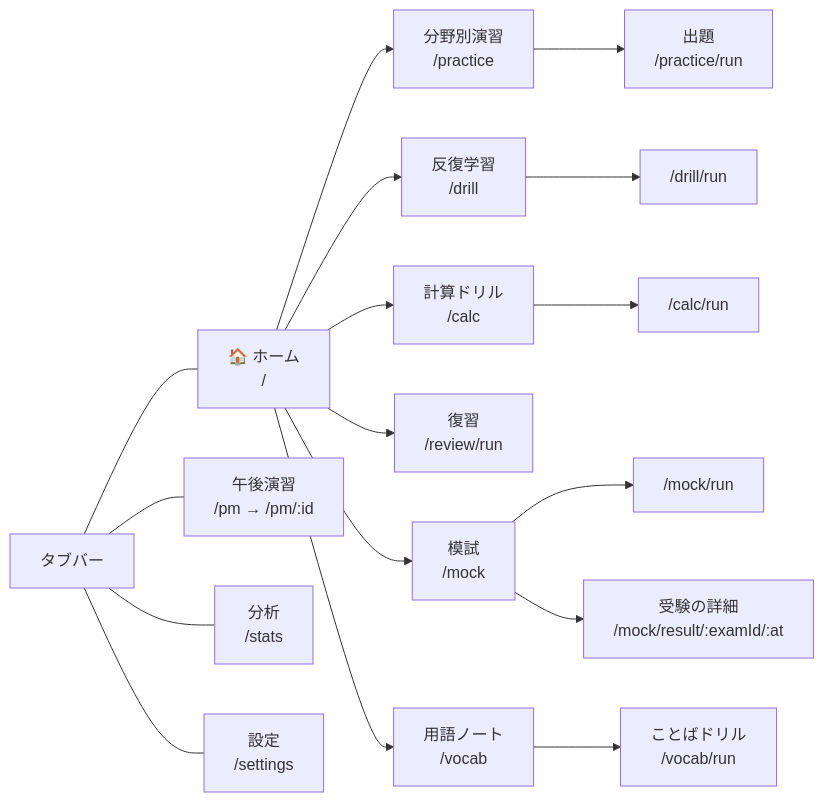
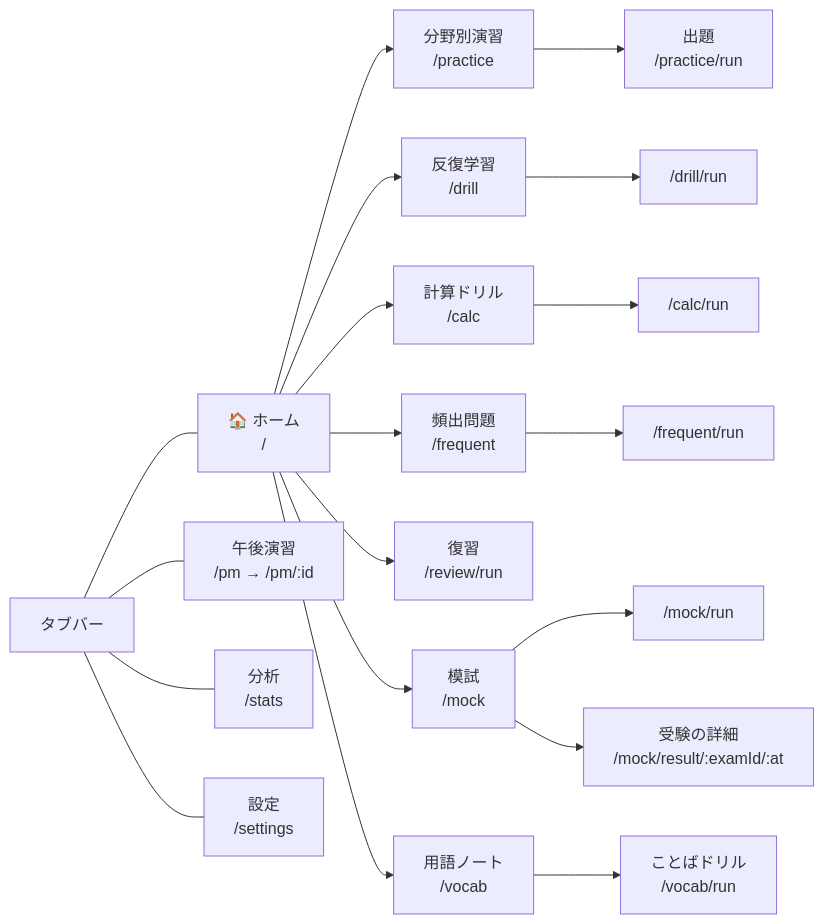
Before and after one commit to westplainblue/ap-study: the diagram in docs/設計/機能マップ.md, drawn with Mermaid. The commit also changed other lines of this file and 18 other files, not shown here.

````diff
--- a/docs/設計/機能マップ.md
+++ b/docs/設計/機能マップ.md
@@ -34,14 +35,15 @@
 ```mermaid
 flowchart LR
   Home["🏠 ホーム<br/>/"] --> P1["分野別演習<br/>/practice"] --> P2["出題<br/>/practice/run"]
   Home --> D1["反復学習<br/>/drill"] --> D2["/drill/run"]
   Home --> C1["計算ドリル<br/>/calc"] --> C2["/calc/run"]
+  Home --> F1["頻出問題<br/>/frequent"] --> F2["/frequent/run"]
   Home --> R["復習<br/>/review/run"]
   Home --> M1["模試<br/>/mock"] --> M2["/mock/run"]
   M1 --> M3["受験の詳細<br/>/mock/result/:examId/:at"]
   Home --> V1["用語ノート<br/>/vocab"] --> V2["ことばドリル<br/>/vocab/run"]
   Tab["タブバー"] --- Home
   Tab --- PM["午後演習<br/>/pm → /pm/:id"]
   Tab --- S["分析<br/>/stats"]
   Tab --- SET["設定<br/>/settings"]
 ```
````
